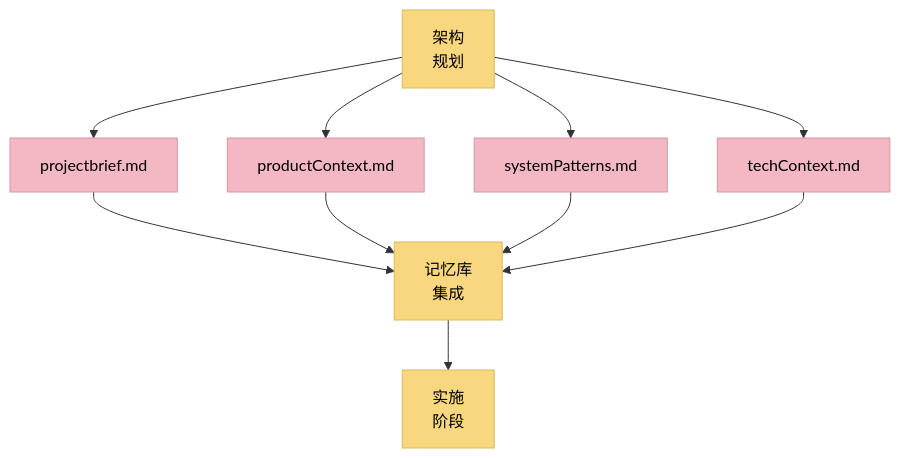
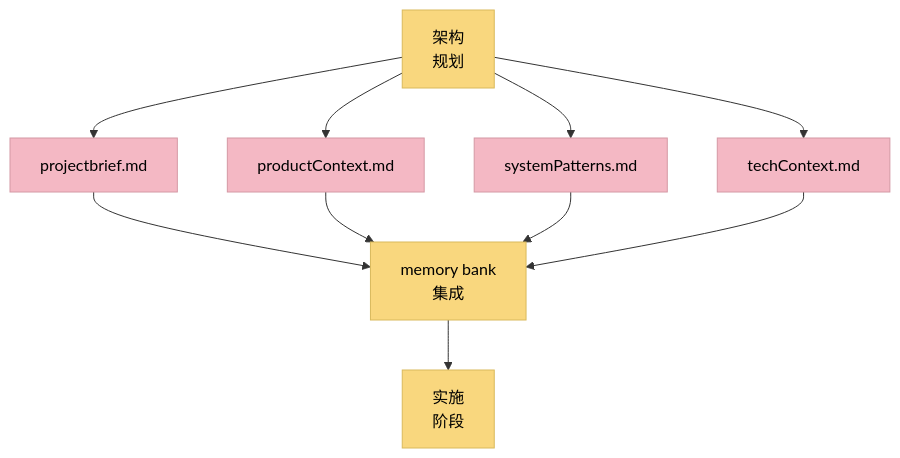
One commit to autel-lizhuohang/cursor-memory-bank-cn changed the tenth of 10 diagrams in .cursor/rules/isolation_rules/Level4/architectural-planning.mdc. Above: the diagram before and after it, drawn with Mermaid. The commit also changed other lines of this file and 33 other files, not shown here.

````diff
--- a/.cursor/rules/isolation_rules/Level4/architectural-planning.mdc
+++ b/.cursor/rules/isolation_rules/Level4/architectural-planning.mdc
@@ -663,16 +663,16 @@
 ```mermaid
 flowchart TD
     classDef memfile fill:#f4b8c4,stroke:#d498a4,color:#000
     classDef process fill:#f9d77e,stroke:#d9b95c,color:#000
 
     Architecture[架构<br>规划] --> PB[projectbrief.md]
     Architecture --> PC[productContext.md]
     Architecture --> SP[systemPatterns.md]
     Architecture --> TC[techContext.md]
 
-    PB & PC & SP & TC --> MBI[记忆库<br>集成]
+    PB & PC & SP & TC --> MBI[memory bank<br>集成]
     MBI --> Next[实施<br>阶段]
 
     class PB,PC,SP,TC memfile
     class Architecture,MBI,Next process
 ```
````
